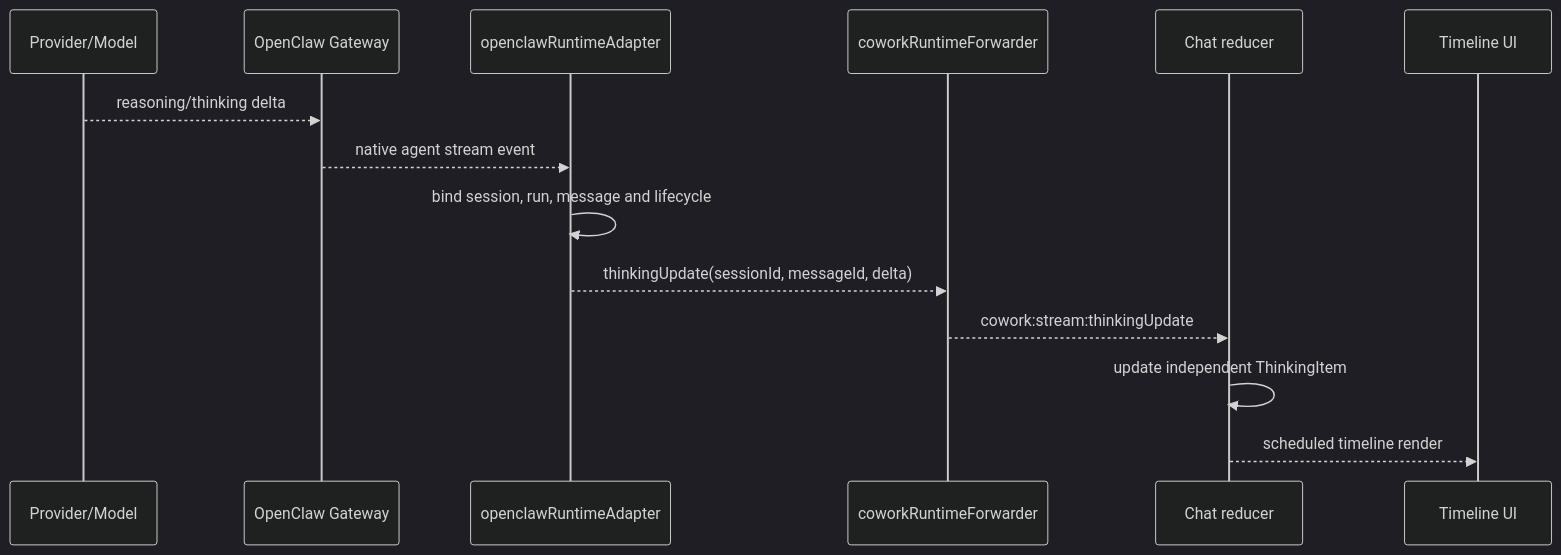
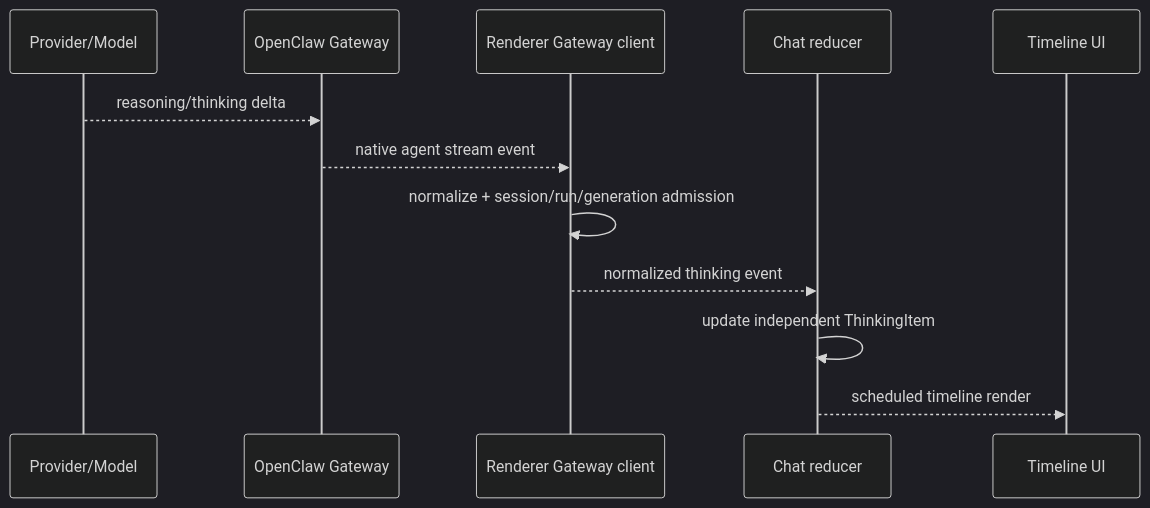
Before and after one commit to liangxhao/JustDo: the diagram in docs/features/thinking-stream-implementation.md, drawn with Mermaid (dark theme). The commit also changed other lines of this file and 93 other files, not shown here.

````diff
--- a/docs/features/thinking-stream-implementation.md
+++ b/docs/features/thinking-stream-implementation.md
@@ -19,17 +19,15 @@
 ```mermaid
 sequenceDiagram
   participant P as Provider/Model
   participant G as OpenClaw Gateway
-  participant A as openclawRuntimeAdapter
-  participant R as coworkRuntimeForwarder
+  participant R as Renderer Gateway client
   participant C as Chat reducer
   participant U as Timeline UI
 
   P-->>G: reasoning/thinking delta
-  G-->>A: native agent stream event
-  A->>A: bind session, run, message and lifecycle
-  A-->>R: thinkingUpdate(sessionId, messageId, delta)
-  R-->>C: cowork:stream:thinkingUpdate
+  G-->>R: native agent stream event
+  R->>R: normalize + session/run/generation admission
+  R-->>C: normalized thinking event
   C->>C: update independent ThinkingItem
   C-->>U: scheduled timeline render
 ```
````
